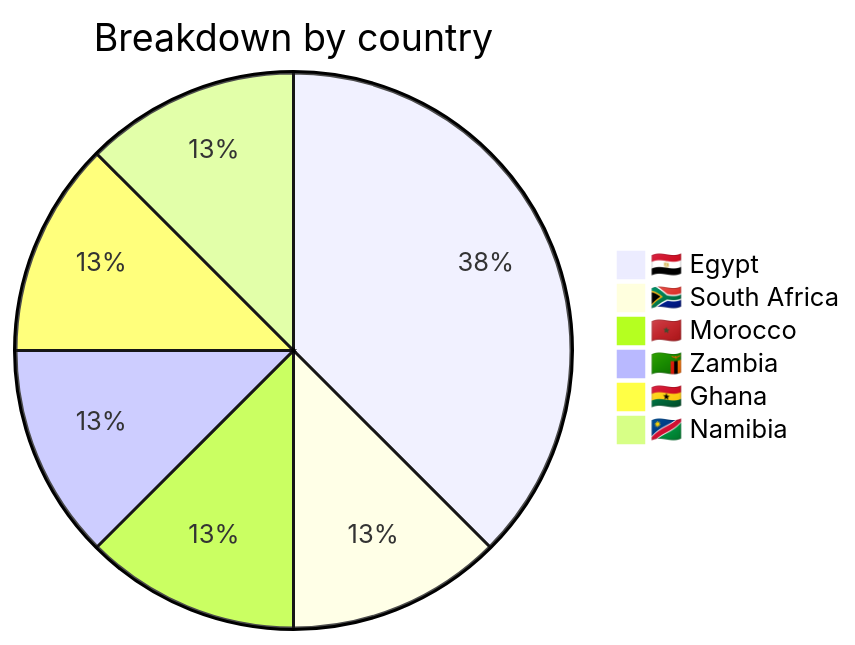
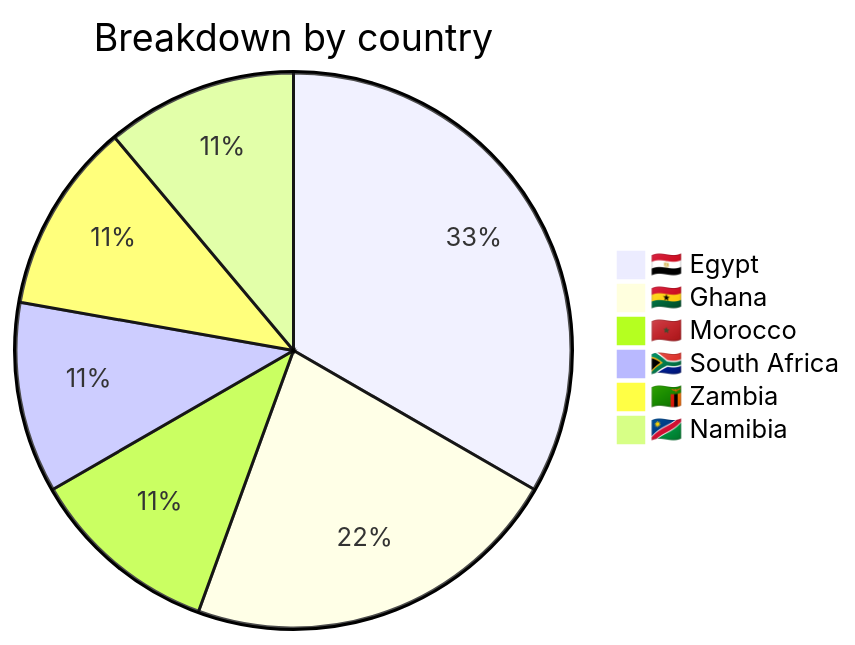
One commit to Hatchepsoute/AFRINTEL changed the second of 4 diagrams in CyberAttackAfrica/2025/02-february/README.md. Above: the diagram before and after it, drawn with Mermaid. The commit also changed other lines of this file and 255 other files, not shown here.

````diff
--- a/CyberAttackAfrica/2025/02-february/README.md
+++ b/CyberAttackAfrica/2025/02-february/README.md
@@ -63,9 +66,9 @@
 ```mermaid
 pie title Breakdown by country
     "🇪🇬 Egypt" : 3
+    "🇬🇭 Ghana" : 2
+    "🇲🇦 Morocco" : 1
     "🇿🇦 South Africa" : 1
-    "🇲🇦 Morocco" : 1
     "🇿🇲 Zambia" : 1
-    "🇬🇭 Ghana" : 1
     "🇳🇦 Namibia" : 1
 ```
````
